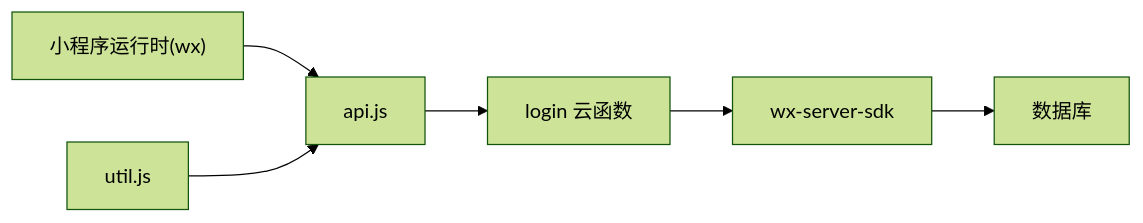
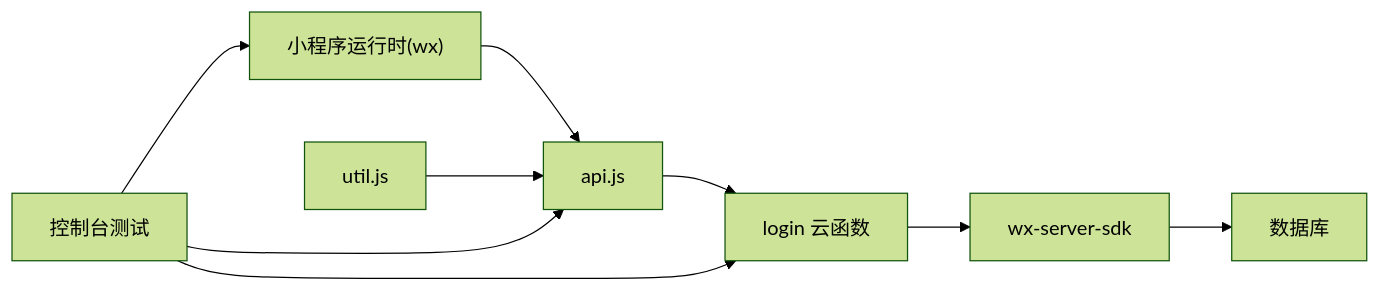
One commit to zhangxin19911211-creator/Project_BabyAssistant changed the fifth of 5 diagrams in .qoder/repowiki/zh/content/测试策略/测试策略.md. Above: the diagram before and after it, drawn with Mermaid (forest theme). The commit also changed other lines of this file and 24 other files, not shown here.

````diff
--- a/.qoder/repowiki/zh/content/测试策略/测试策略.md
+++ b/.qoder/repowiki/zh/content/测试策略/测试策略.md
@@ -210,8 +230,11 @@
 ```mermaid
 graph LR
 WX["小程序运行时(wx)"] --> API["api.js"]
 API --> CF["login 云函数"]
 CF --> SDK["wx-server-sdk"]
 SDK --> DB["数据库"]
 UTIL["util.js"] --> API
+AUTO["控制台测试"] --> WX
+AUTO --> API
+AUTO --> CF
 ```
````
